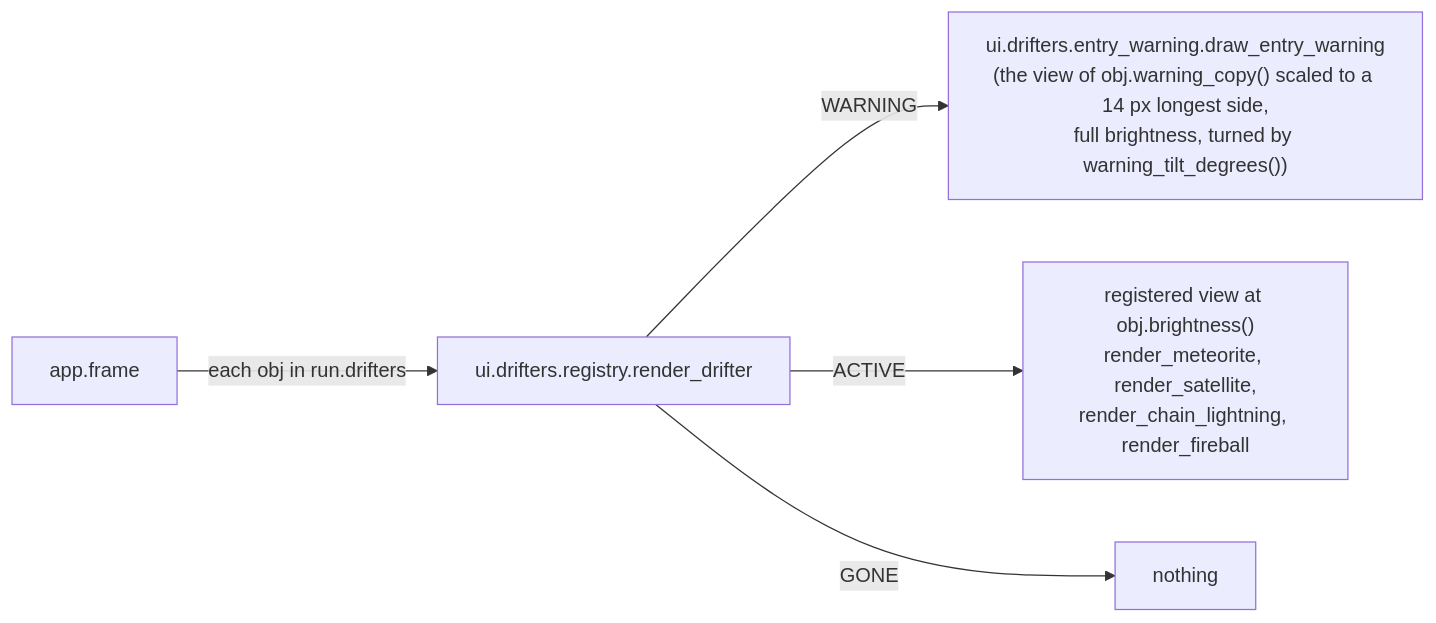
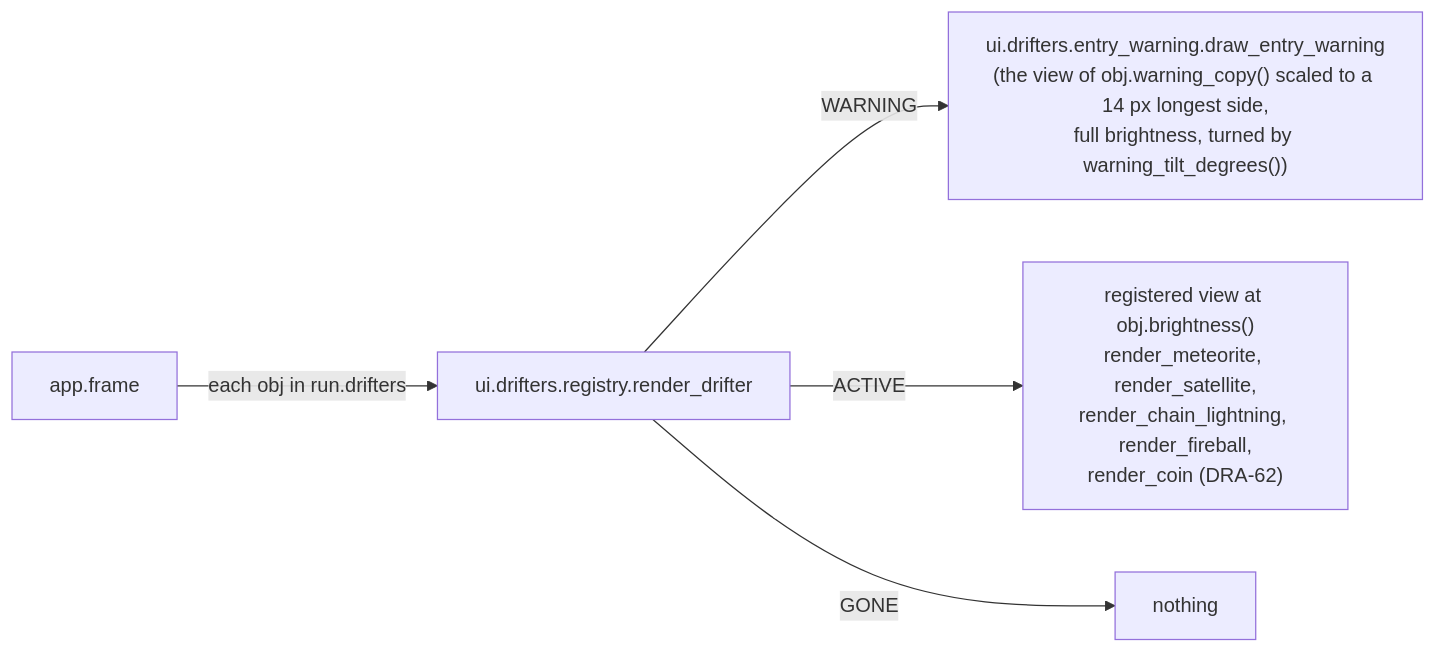
Before and after one commit to david-mntl/driftward-ace: the sixth of 6 diagrams in docs/contracts/systems/drifters.md, drawn with Mermaid. The commit also changed other lines of this file and 12 other files, not shown here.

Commit message:
docs(contracts): add DRA-62 contracts, coin tuning schema, update app, drifters, run and scroll

````diff
--- a/docs/contracts/systems/drifters.md
+++ b/docs/contracts/systems/drifters.md
@@ -233,7 +281,7 @@
 ```mermaid
 flowchart LR
   APP["app.frame"] -- "each obj in run.drifters" --> R["ui.drifters.registry.render_drifter"]
   R -- "WARNING" --> W["ui.drifters.entry_warning.draw_entry_warning<br/>(the view of obj.warning_copy() scaled to a 14 px longest side,<br/>full brightness, turned by warning_tilt_degrees())"]
-  R -- "ACTIVE" --> V["registered view at obj.brightness()<br/>render_meteorite, render_satellite,<br/>render_chain_lightning, render_fireball"]
+  R -- "ACTIVE" --> V["registered view at obj.brightness()<br/>render_meteorite, render_satellite,<br/>render_chain_lightning, render_fireball,<br/>render_coin (DRA-62)"]
   R -- "GONE" --> N["nothing"]
 ```
````
